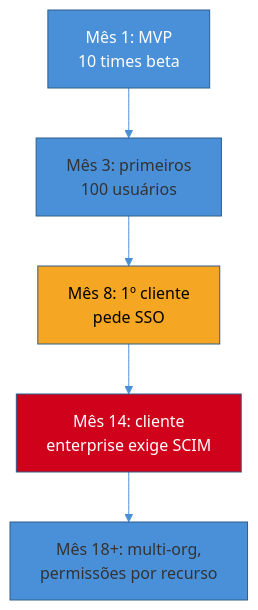
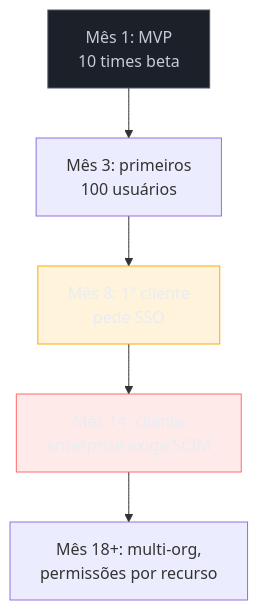
Before and after one commit to josenaldo/codex-technomanticus: the first of 4 diagrams in 03-Dominios/Engenharia/Auth e Identidade/Capstone — Desenhando a identidade de um SaaS B2B do zero.md, drawn with Mermaid. The commit also changed other lines of this file and 1181 other files, not shown here.

First line of the commit message:
fix(diagramas): paleta do sistema no lugar de cor cravada no markdown

````diff
--- a/03-Dominios/Engenharia/Auth e Identidade/Capstone — Desenhando a identidade de um SaaS B2B do zero.md
+++ b/03-Dominios/Engenharia/Auth e Identidade/Capstone — Desenhando a identidade de um SaaS B2B do zero.md
@@ -36,12 +36,14 @@
 ```mermaid
-%%{init: {"theme": "base", "themeVariables": {"primaryColor": "#4A90D9", "primaryBorderColor": "#2E5C8A", "lineColor": "#4A90D9"}}}%%
 graph TD
+    classDef neutro fill:#1B2029,stroke:#4E5666,color:#C6CCD8
+    classDef destaque fill:#FFAA0024,stroke:#FFAA00,color:#E9ECF2
+    classDef falha fill:#FF6B6B24,stroke:#FF6B6B,color:#E9ECF2
     A["Mês 1: MVP<br/>10 times beta"] --> B["Mês 3: primeiros<br/>100 usuários"]
     B --> C["Mês 8: 1º cliente<br/>pede SSO"]
     C --> D["Mês 14: cliente<br/>enterprise exige SCIM"]
     D --> E["Mês 18+: multi-org,<br/>permissões por recurso"]
 
-    style A fill:#4A90D9,color:#fff
-    style C fill:#F5A623,color:#000
-    style D fill:#D0021B,color:#fff
+    class A neutro
+    class C destaque
+    class D falha
 ```
````
